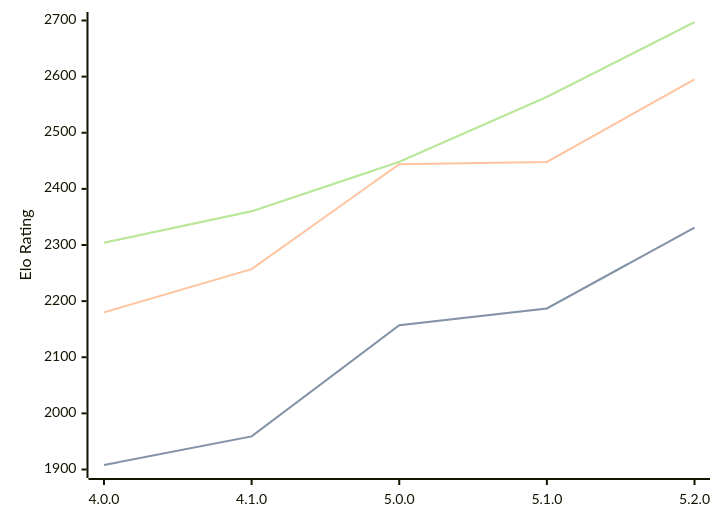
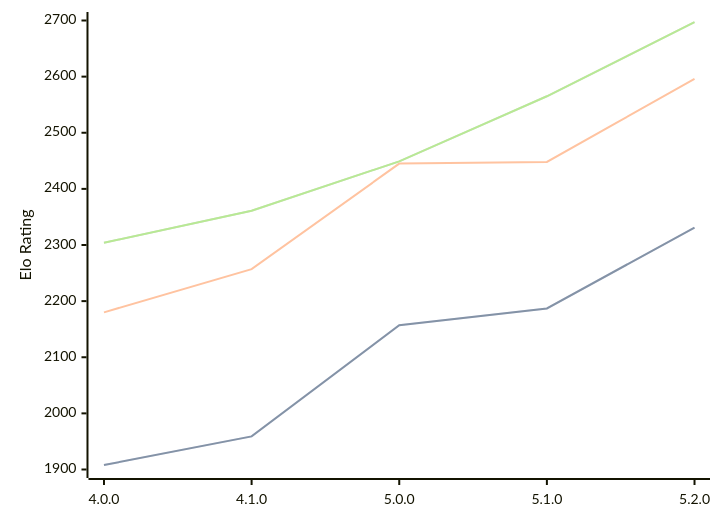
The diagram in engines/Aconcagua.md (computer-chess-index/cci), drawn with Mermaid before and after one commit. The commit also changed other lines of this file, not shown here.

Commit message:
Update CCI Ratings (ELO VLTC) - 2026-08-25

````diff
--- a/engines/Aconcagua.md
+++ b/engines/Aconcagua.md
@@ -35,11 +35,11 @@
 ```mermaid
 %%{init: {"theme":"base","themeVariables":{"seriesColors:['#a3a3a3','#222221','#faa371']}}}%%
 xychart-beta
   x-axis ["4.0.0", "4.1.0", "5.0.0", "5.1.0", "5.2.0"]
   y-axis "Elo Rating" 1900 --> 2700
   line "STC (8.0+0.08s)" [1908, 1959, 2157, 2187, 2331]
   line "STC (8.0+0.08s)" [1908, 1959, 2157, 2187, 2331]
-  line "LTC (60.0+0.60s)" [2180, 2257, 2444, 2448, 2595]
-  line "VLTC (2m24s+1.12s)" [2304, 2360, 2448, 2564, 2697]
-  line "VLTC (2m24s+1.12s)" [2304, 2360, 2448, 2564, 2697]
+  line "LTC (60.0+0.60s)" [2180, 2257, 2445, 2448, 2596]
+  line "VLTC (2m24s+1.12s)" [2304, 2361, 2449, 2565, 2697]
+  line "VLTC (2m24s+1.12s)" [2304, 2361, 2449, 2565, 2697]
 ```
````
